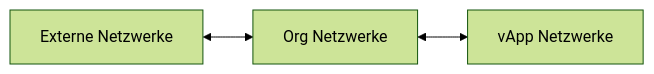
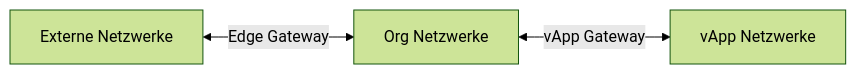
Before and after one commit to plusserver/docs: the diagram in content/de/compute/pluscloudvmware/reference/network/networktypes.md, drawn with Mermaid (forest theme). The commit also changed 6 other files, not shown here.

````diff
--- a/content/de/compute/pluscloudvmware/reference/network/networktypes.md
+++ b/content/de/compute/pluscloudvmware/reference/network/networktypes.md
@@ -19,4 +19,4 @@
 ```mermaid
 flowchart LR
-  ext[Externe Netzwerke] <--> org[Org Netzwerke] <--> app[vApp Netzwerke]
+  ext[Externe Netzwerke] <-->|Edge Gateway| org[Org Netzwerke] <-->|vApp Gateway| app[vApp Netzwerke]
 ```
````
